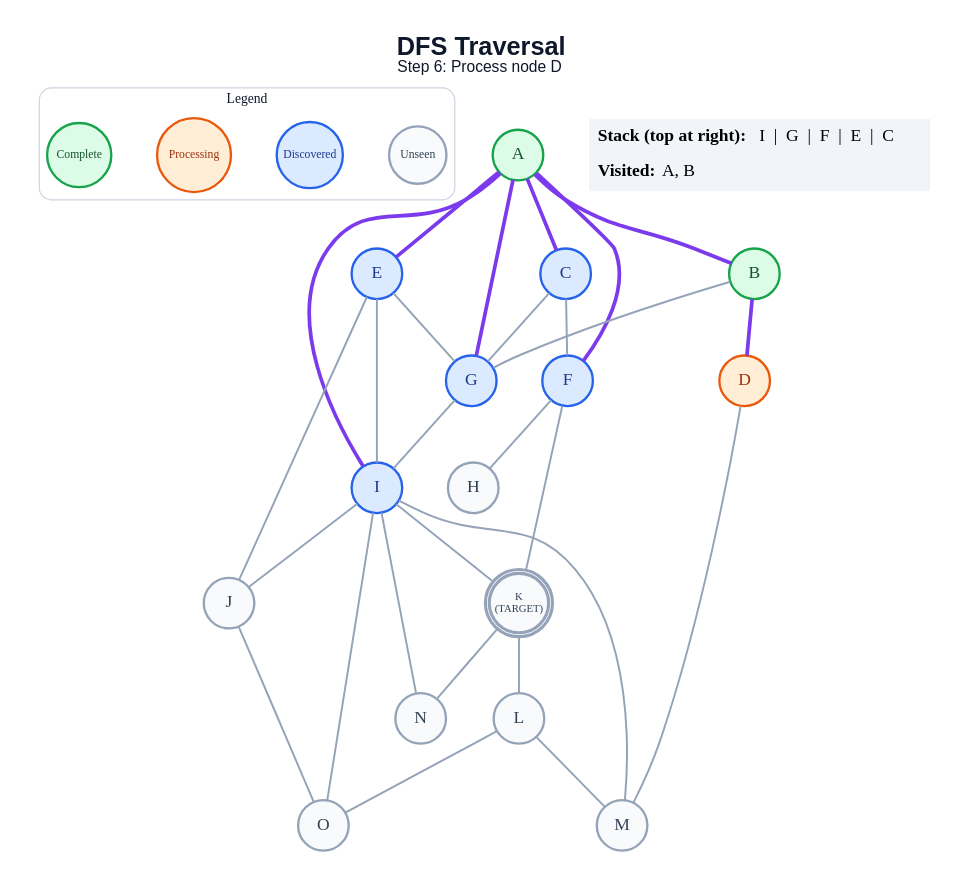
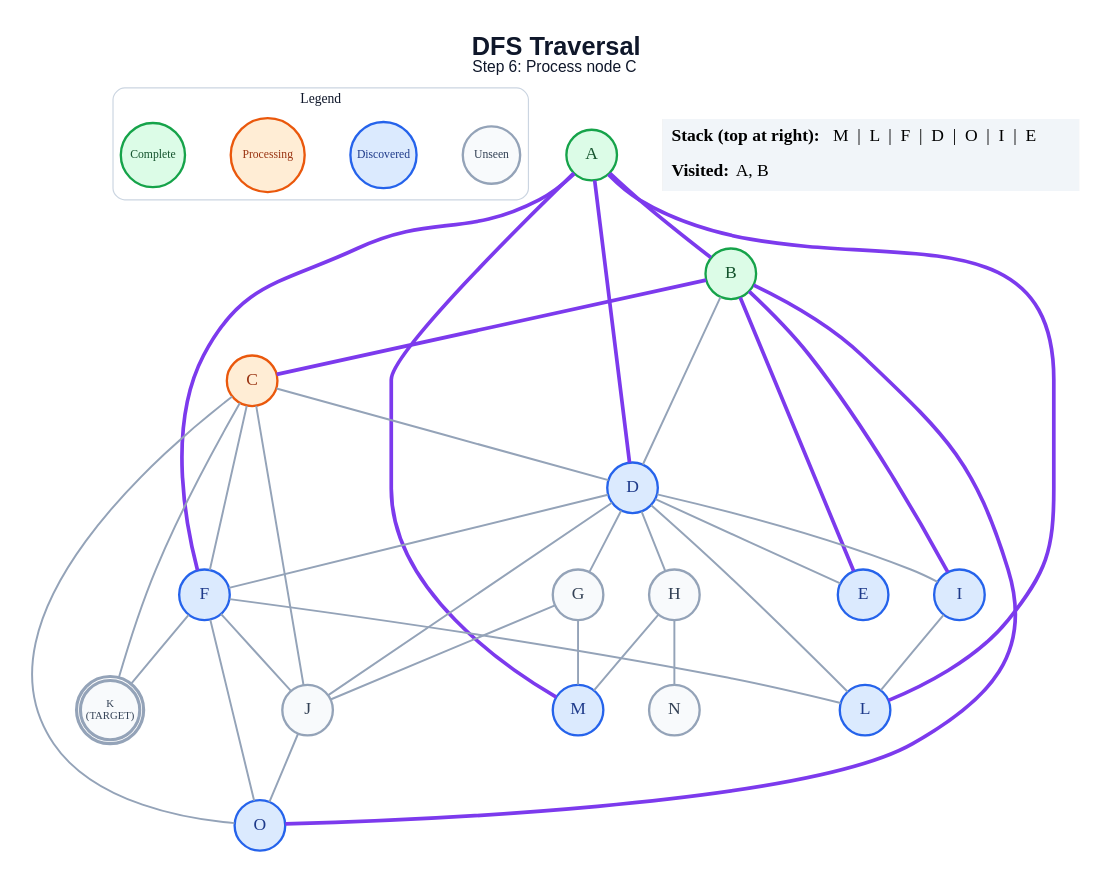
Before and after one commit to anon7238593-create/ai-slop: the diagram in generated/short-circuit/dfs/step_06.dot, drawn with Graphviz. The commit also changed 240 other files, not shown here.

```diff
--- a/generated/short-circuit/dfs/step_06.dot
+++ b/generated/short-circuit/dfs/step_06.dot
@@ -1,61 +1,66 @@
 graph traversal {
   graph [layout=dot, rankdir=TB, bgcolor="#FFFFFF", pad="0.35", nodesep="0.65", ranksep="0.8", fontname="Arial"];
   node [shape=circle, style="filled", fontname="Arial Bold", fontsize=18, width=0.72, fixedsize=true, penwidth=2.4];
   edge [color="#94A3B8", penwidth=2.0];
-  label=<<B>DFS Traversal</B><BR/><FONT POINT-SIZE="16">Step 6: Process node D</FONT>>; labelloc="t"; fontsize=26; fontname="Arial"; fontcolor="#0F172A";
+  label=<<B>DFS Traversal</B><BR/><FONT POINT-SIZE="16">Step 6: Process node C</FONT>>; labelloc="t"; fontsize=26; fontname="Arial"; fontcolor="#0F172A";
   subgraph cluster_legend { label="Legend"; color="#CBD5E1"; penwidth=1.2; style="rounded"; fontsize=14; fontname="Arial Bold";
     key_unseen [label="Unseen", fillcolor="#F8FAFC", color="#94A3B8", fontcolor="#334155", fontsize=12, width=0.82];
     key_frontier [label="Discovered", fillcolor="#DBEAFE", color="#2563EB", fontcolor="#1E3A8A", fontsize=12, width=0.95];
     key_current [label="Processing", fillcolor="#FFEDD5", color="#EA580C", fontcolor="#9A3412", fontsize=12, width=1.05];
     key_done [label="Complete", fillcolor="#DCFCE7", color="#16A34A", fontcolor="#14532D", fontsize=12, width=0.92];
     { rank=same; key_unseen; key_frontier; key_current; key_done; }
   }
   A [label="A", fillcolor="#DCFCE7", color="#16A34A", fontcolor="#14532D", peripheries=1, penwidth=2.4];
   B [label="B", fillcolor="#DCFCE7", color="#16A34A", fontcolor="#14532D", peripheries=1, penwidth=2.4];
-  C [label="C", fillcolor="#DBEAFE", color="#2563EB", fontcolor="#1E3A8A", peripheries=1, penwidth=2.4];
-  D [label="D", fillcolor="#FFEDD5", color="#EA580C", fontcolor="#9A3412", peripheries=1, penwidth=2.4];
+  C [label="C", fillcolor="#FFEDD5", color="#EA580C", fontcolor="#9A3412", peripheries=1, penwidth=2.4];
+  D [label="D", fillcolor="#DBEAFE", color="#2563EB", fontcolor="#1E3A8A", peripheries=1, penwidth=2.4];
   E [label="E", fillcolor="#DBEAFE", color="#2563EB", fontcolor="#1E3A8A", peripheries=1, penwidth=2.4];
   F [label="F", fillcolor="#DBEAFE", color="#2563EB", fontcolor="#1E3A8A", peripheries=1, penwidth=2.4];
-  G [label="G", fillcolor="#DBEAFE", color="#2563EB", fontcolor="#1E3A8A", peripheries=1, penwidth=2.4];
+  G [label="G", fillcolor="#F8FAFC", color="#94A3B8", fontcolor="#334155", peripheries=1, penwidth=2.4];
   H [label="H", fillcolor="#F8FAFC", color="#94A3B8", fontcolor="#334155", peripheries=1, penwidth=2.4];
   I [label="I", fillcolor="#DBEAFE", color="#2563EB", fontcolor="#1E3A8A", peripheries=1, penwidth=2.4];
   J [label="J", fillcolor="#F8FAFC", color="#94A3B8", fontcolor="#334155", peripheries=1, penwidth=2.4];
   K [label="K\n(TARGET)", fillcolor="#F8FAFC", color="#94A3B8", fontcolor="#334155", peripheries=2, penwidth=3.2, fontsize=11, width=0.85, height=0.85];
-  L [label="L", fillcolor="#F8FAFC", color="#94A3B8", fontcolor="#334155", peripheries=1, penwidth=2.4];
-  M [label="M", fillcolor="#F8FAFC", color="#94A3B8", fontcolor="#334155", peripheries=1, penwidth=2.4];
+  L [label="L", fillcolor="#DBEAFE", color="#2563EB", fontcolor="#1E3A8A", peripheries=1, penwidth=2.4];
+  M [label="M", fillcolor="#DBEAFE", color="#2563EB", fontcolor="#1E3A8A", peripheries=1, penwidth=2.4];
   N [label="N", fillcolor="#F8FAFC", color="#94A3B8", fontcolor="#334155", peripheries=1, penwidth=2.4];
-  O [label="O", fillcolor="#F8FAFC", color="#94A3B8", fontcolor="#334155", peripheries=1, penwidth=2.4];
+  O [label="O", fillcolor="#DBEAFE", color="#2563EB", fontcolor="#1E3A8A", peripheries=1, penwidth=2.4];
   A -- B [color="#7C3AED", penwidth=3.8];
-  A -- C [color="#7C3AED", penwidth=3.8];
-  A -- E [color="#7C3AED", penwidth=3.8];
+  A -- D [color="#7C3AED", penwidth=3.8];
   A -- F [color="#7C3AED", penwidth=3.8];
-  A -- G [color="#7C3AED", penwidth=3.8];
-  A -- I [color="#7C3AED", penwidth=3.8];
-  B -- D [color="#7C3AED", penwidth=3.8];
-  B -- G;
+  A -- L [color="#7C3AED", penwidth=3.8];
+  A -- M [color="#7C3AED", penwidth=3.8];
+  B -- C [color="#7C3AED", penwidth=3.8];
+  B -- D;
+  B -- E [color="#7C3AED", penwidth=3.8];
+  B -- I [color="#7C3AED", penwidth=3.8];
+  B -- O [color="#7C3AED", penwidth=3.8];
+  C -- D;
   C -- F;
-  C -- G;
-  D -- M;
-  E -- G;
-  E -- I;
-  E -- J;
-  F -- H;
+  C -- J;
+  C -- K;
+  C -- O;
+  D -- E;
+  D -- F;
+  D -- G;
+  D -- H;
+  D -- I;
+  D -- J;
+  D -- L;
+  F -- J;
   F -- K;
-  G -- I;
-  I -- J;
-  I -- K;
-  I -- M;
-  I -- N;
-  I -- O;
+  F -- L;
+  F -- O;
+  G -- J;
+  G -- M;
+  H -- M;
+  H -- N;
+  I -- L;
   J -- O;
-  K -- L;
-  K -- N;
-  L -- M;
-  L -- O;
   status [shape=plain, fixedsize=false, width=0, height=0, margin=0, label=<
     <TABLE BORDER="0" CELLBORDER="0" CELLPADDING="7" BGCOLOR="#F1F5F9">
-      <TR><TD ALIGN="LEFT"><B>Stack (top at right):</B> I  |  G  |  F  |  E  |  C</TD></TR>
+      <TR><TD ALIGN="LEFT"><B>Stack (top at right):</B> M  |  L  |  F  |  D  |  O  |  I  |  E</TD></TR>
       <TR><TD ALIGN="LEFT"><B>Visited:</B> A, B</TD></TR>
     </TABLE>
   >];
 }
```
